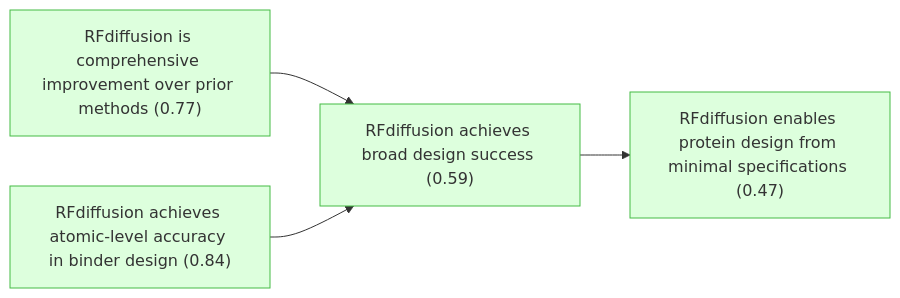
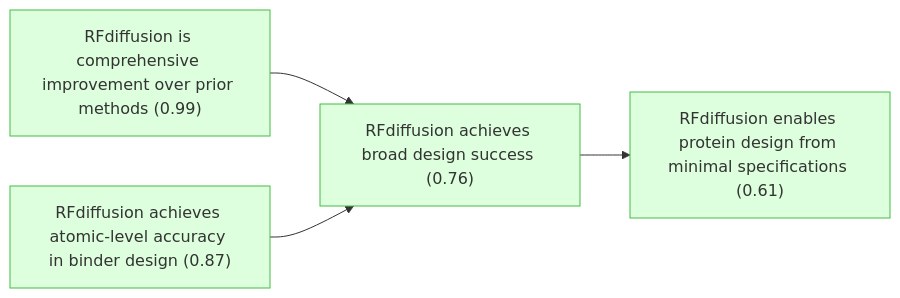
Before and after one commit to kunyuan/watson-rfdiffusion-2023-gaia: the first of 8 diagrams in README.md, drawn with Mermaid. The commit also changed other lines of this file and 7 other files, not shown here.

````diff
--- a/README.md
+++ b/README.md
@@ -7,20 +7,20 @@
 ```mermaid
 graph LR
-    rfdiffusion_broad_success["RFdiffusion achieves broad design success (0.59)"]:::derived
-    ha20_atomic_accuracy["RFdiffusion achieves atomic-level accuracy in binder design (0.84)"]:::derived
-    comprehensive_improvement["RFdiffusion is comprehensive improvement over prior methods (0.77)"]:::derived
-    generality_claim["RFdiffusion enables protein design from minimal specifications (0.47)"]:::derived
+    rfdiffusion_broad_success["RFdiffusion achieves broad design success (0.76)"]:::derived
+    ha20_atomic_accuracy["RFdiffusion achieves atomic-level accuracy in binder design (0.87)"]:::derived
+    comprehensive_improvement["RFdiffusion is comprehensive improvement over prior methods (0.99)"]:::derived
+    generality_claim["RFdiffusion enables protein design from minimal specifications (0.61)"]:::derived
     comprehensive_improvement --> rfdiffusion_broad_success
     ha20_atomic_accuracy --> rfdiffusion_broad_success
     rfdiffusion_broad_success --> generality_claim
 
     classDef setting fill:#f0f0f0,stroke:#999,color:#333
     classDef premise fill:#ddeeff,stroke:#4488bb,color:#333
     classDef derived fill:#ddffdd,stroke:#44bb44,color:#333
     classDef question fill:#fff3dd,stroke:#cc9944,color:#333
     classDef background fill:#f5f5f5,stroke:#bbb,stroke-dasharray: 5 5,color:#333
     classDef orphan fill:#fff,stroke:#ccc,stroke-dasharray: 5 5,color:#333
     classDef external fill:#fff,stroke:#aaa,stroke-dasharray: 3 3,color:#333
     classDef weak fill:#fff9c4,stroke:#f9a825,stroke-dasharray: 5 5,color:#333
     classDef contra fill:#ffebee,stroke:#c62828,color:#333
 ```
````
